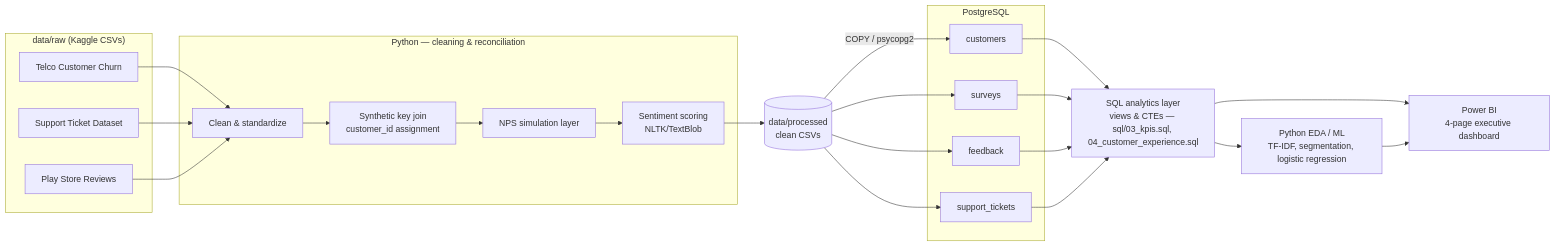
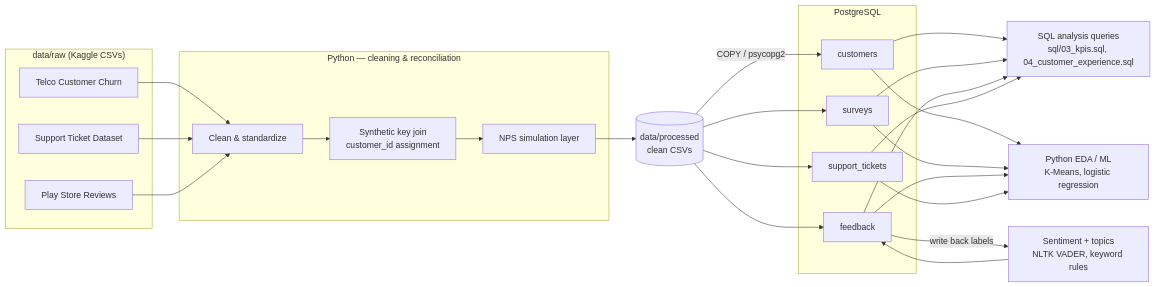
Before and after one commit to Quantique-Realm/VoiceIQ: the second of 2 diagrams in docs/architecture.md, drawn with Mermaid. The commit also changed other lines of this file and 12 other files, not shown here.

Commit message:
Simplify SQL and notebooks, remove Power BI

````diff
--- a/docs/architecture.md
+++ b/docs/architecture.md
@@ -98,41 +94,39 @@
 ```mermaid
 flowchart LR
     subgraph Raw["data/raw (Kaggle CSVs)"]
         A1[Telco Customer Churn]
         A2[Support Ticket Dataset]
         A3[Play Store Reviews]
     end
 
     subgraph Prep["Python — cleaning & reconciliation"]
         B1[Clean & standardize]
         B2[Synthetic key join<br/>customer_id assignment]
         B3[NPS simulation layer]
-        B4[Sentiment scoring<br/>NLTK/TextBlob]
     end
 
     C[(data/processed<br/>clean CSVs)]
 
     subgraph DB["PostgreSQL"]
         D1[customers]
         D2[surveys]
         D3[feedback]
         D4[support_tickets]
     end
 
-    E[SQL analytics layer<br/>views & CTEs — sql/03_kpis.sql, 04_customer_experience.sql]
-    F[Python EDA / ML<br/>TF-IDF, segmentation, logistic regression]
-    G[Power BI<br/>4-page executive dashboard]
+    S[Sentiment + topics<br/>NLTK VADER, keyword rules]
+    E[SQL analysis queries<br/>sql/03_kpis.sql, 04_customer_experience.sql]
+    F[Python EDA / ML<br/>K-Means, logistic regression]
 
     A1 --> B1
     A2 --> B1
     A3 --> B1
-    B1 --> B2 --> B3 --> B4 --> C
+    B1 --> B2 --> B3 --> C
     C -->|COPY / psycopg2| D1
     C --> D2
     C --> D3
     C --> D4
+    D3 -->|write back labels| S --> D3
     D1 & D2 & D3 & D4 --> E
-    E --> F
-    E --> G
-    F --> G
+    D1 & D2 & D3 & D4 --> F
 ```
````
